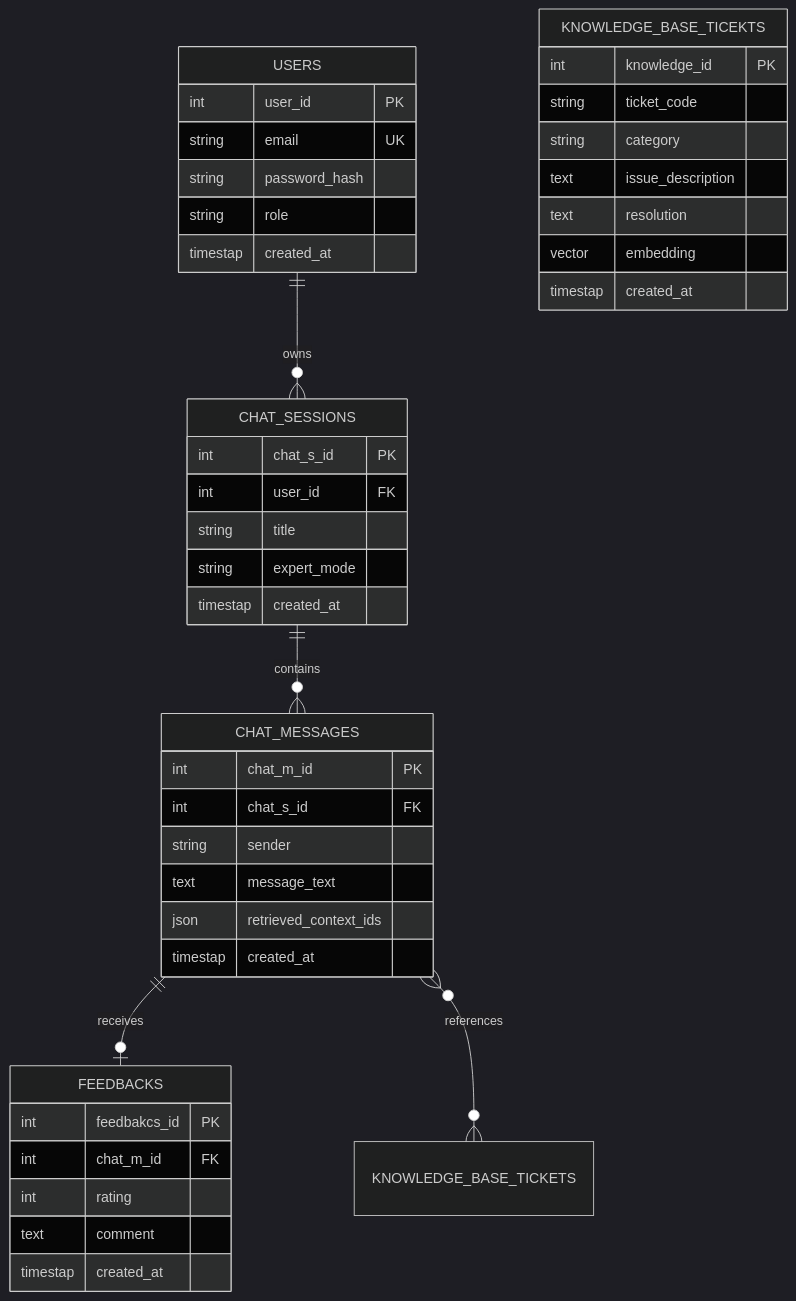
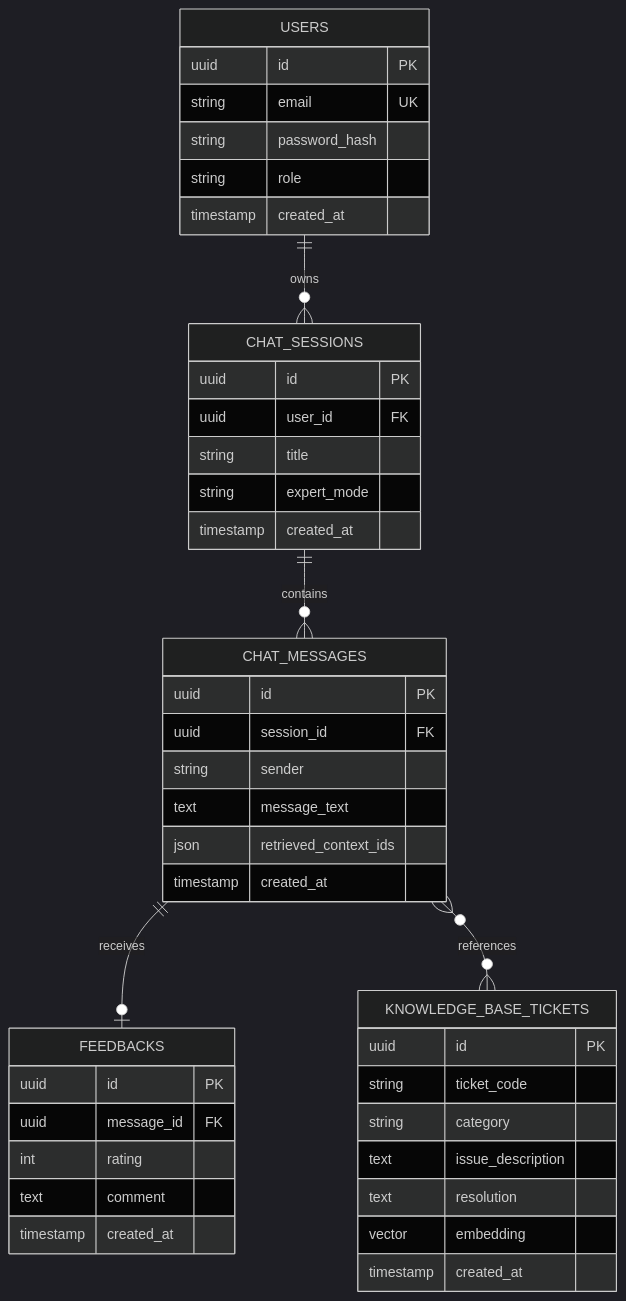
One commit to bayramogluhavvanur/Akilli-Servis-Masasi-Chatbot changed the diagram in README.md. Above: the diagram before and after it, drawn with Mermaid (dark theme). The commit also changed other lines of this file, not shown here.

````diff
--- a/README.md
+++ b/README.md
@@ -4,51 +4,50 @@
 ```mermaid
 erDiagram
-
-  USERS{
-   int user_id PK
-   string email UK
-   string password_hash 
-   string role
-   timestap created_at
-   }
-
-  CHAT_SESSIONS {
-   int chat_s_id PK
-   int user_id FK
-   string title 
-   string expert_mode
-   timestap created_at
-   }
-
-  CHAT_MESSAGES{
-   int chat_m_id PK
-   int chat_s_id FK
-   string sender
-   text message_text
-   json retrieved_context_ids
-   timestap created_at
-   }
-
-  FEEDBACKS {
-   int feedbakcs_id PK
-   int chat_m_id FK
-   int rating 
-   text comment
-   timestap created_at
-   }
-  KNOWLEDGE_BASE_TICEKTS{
-   int knowledge_id PK
-   string ticket_code
-   string category
-   text issue_description
-   text resolution
-   vector embedding 
-   timestap created_at
-   }    
-
-   USERS ||--o{ CHAT_SESSIONS : "owns"
+    USERS ||--o{ CHAT_SESSIONS : "owns"
     CHAT_SESSIONS ||--o{ CHAT_MESSAGES : "contains"
     CHAT_MESSAGES ||--o| FEEDBACKS : "receives"
     CHAT_MESSAGES }o--o{ KNOWLEDGE_BASE_TICKETS : "references"
 
-``` 
+    USERS {
+        uuid id PK
+        string email UK
+        string password_hash
+        string role
+        timestamp created_at
+    }
+
+    CHAT_SESSIONS {
+        uuid id PK
+        uuid user_id FK
+        string title
+        string expert_mode
+        timestamp created_at
+    }
+
+    CHAT_MESSAGES {
+        uuid id PK
+        uuid session_id FK
+        string sender
+        text message_text
+        json retrieved_context_ids
+        timestamp created_at
+    }
+
+    FEEDBACKS {
+        uuid id PK
+        uuid message_id FK
+        int rating
+        text comment
+        timestamp created_at
+    }
+
+    KNOWLEDGE_BASE_TICKETS {
+        uuid id PK
+        string ticket_code
+        string category
+        text issue_description
+        text resolution
+        vector embedding
+        timestamp created_at
+    }
+```
````
